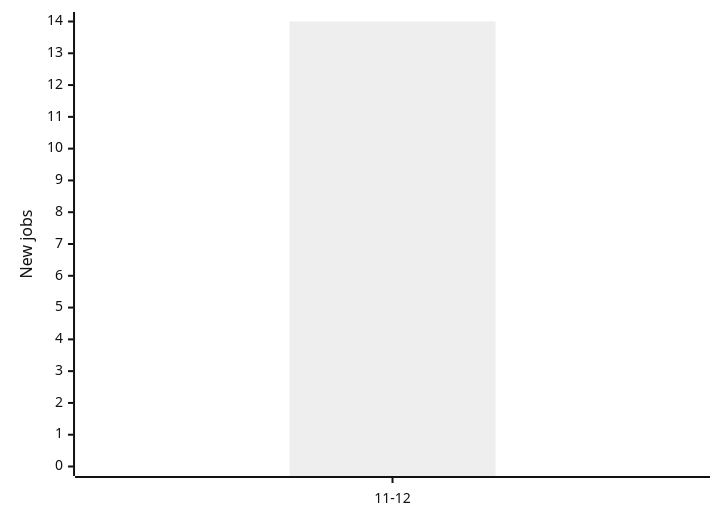
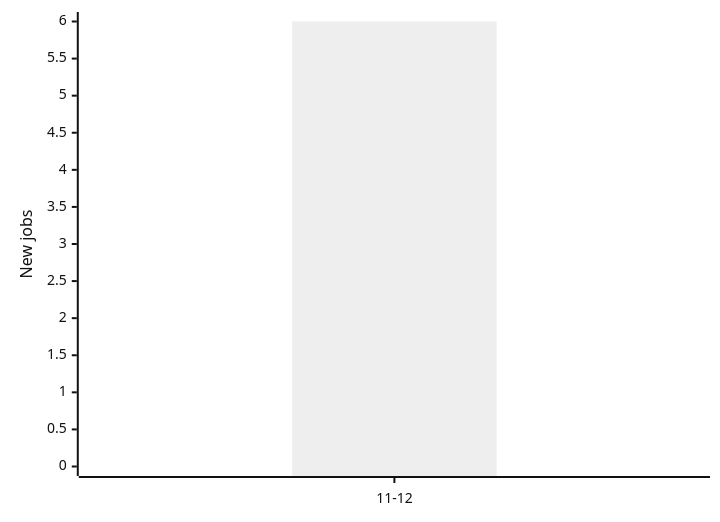
The diagram in README.md (Mwangimark/frontend-job-tracker), drawn with Mermaid (neutral theme) before and after one commit. The commit also changed other lines of this file and 2 other files, not shown here.

````diff
--- a/README.md
+++ b/README.md
@@ -12,7 +12,7 @@
 ```mermaid
 xychart-beta
     x-axis ["11-12"]
-    y-axis "New jobs" 0 --> 14
-    bar [14]
-    line [9]
+    y-axis "New jobs" 0 --> 6
+    bar [6]
+    line [3]
 ```
````
